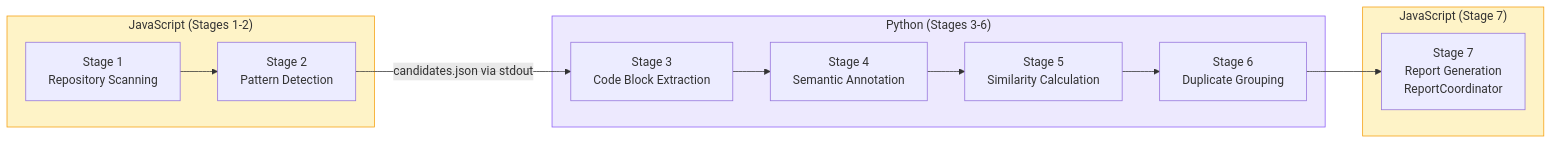
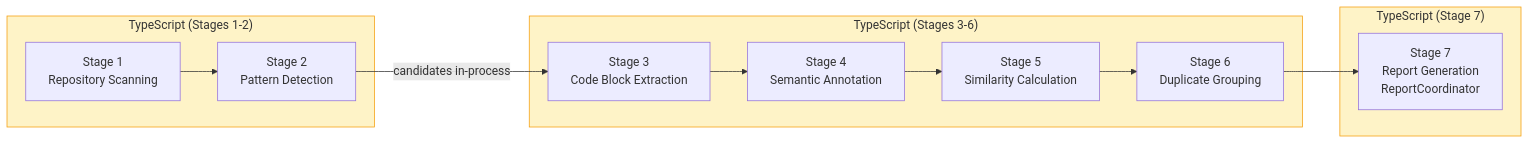
Diagram 12 of 14 in docs/architecture/SYSTEM-DATA-FLOW.md (integritystudio/AlephAuto), drawn with Mermaid before and after one commit. The commit also changed other lines of this file and 22 other files, not shown here.

````diff
--- a/docs/architecture/SYSTEM-DATA-FLOW.md
+++ b/docs/architecture/SYSTEM-DATA-FLOW.md
@@ -739,29 +736,29 @@
 ```mermaid
 graph LR
-    subgraph JS["JavaScript (Stages 1-2)"]
+    subgraph TS1["TypeScript (Stages 1-2)"]
         S1["Stage 1<br/>Repository Scanning"]
         S2["Stage 2<br/>Pattern Detection"]
     end
 
-    subgraph PY["Python (Stages 3-6)"]
+    subgraph TS2["TypeScript (Stages 3-6)"]
         S3["Stage 3<br/>Code Block Extraction"]
         S4["Stage 4<br/>Semantic Annotation"]
         S5["Stage 5<br/>Similarity Calculation"]
         S6["Stage 6<br/>Duplicate Grouping"]
     end
 
-    subgraph JS2["JavaScript (Stage 7)"]
+    subgraph TS3["TypeScript (Stage 7)"]
         S7["Stage 7<br/>Report Generation<br/>ReportCoordinator"]
     end
 
     S1 --> S2
-    S2 -->|candidates.json via stdout| S3
+    S2 -->|candidates in-process| S3
     S3 --> S4
     S4 --> S5
     S5 --> S6
     S6 --> S7
 
-    style JS fill:#fef3c7,stroke:#f59e0b
-    style PY fill:#ede9fe,stroke:#8b5cf6
-    style JS2 fill:#fef3c7,stroke:#f59e0b
+    style TS1 fill:#fef3c7,stroke:#f59e0b
+    style TS2 fill:#fef3c7,stroke:#f59e0b
+    style TS3 fill:#fef3c7,stroke:#f59e0b
 ```
````
